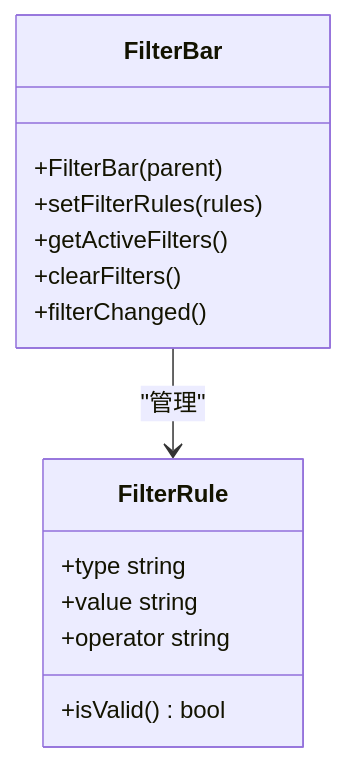
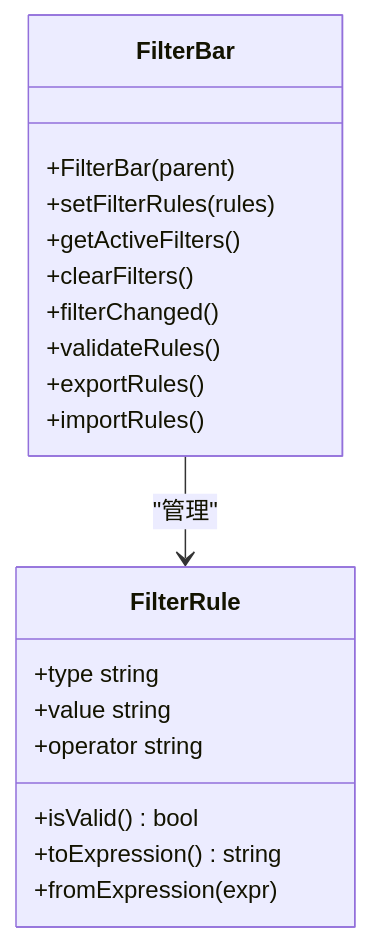
One commit to jakecai1225-design/OpenBus changed the ninth of 15 diagrams in .qoder/repowiki/zh/content/架构设计/UI系统设计/UI系统设计.md. Above: the diagram before and after it, drawn with Mermaid. The commit also changed other lines of this file and 215 other files, not shown here.

````diff
--- a/.qoder/repowiki/zh/content/架构设计/UI系统设计/UI系统设计.md
+++ b/.qoder/repowiki/zh/content/架构设计/UI系统设计/UI系统设计.md
@@ -597,17 +612,22 @@
 ```mermaid
 classDiagram
 class FilterBar {
 +FilterBar(parent)
 +setFilterRules(rules)
 +getActiveFilters()
 +clearFilters()
 +filterChanged()
++validateRules()
++exportRules()
++importRules()
 }
 class FilterRule {
 +type string
 +value string
 +operator string
 +isValid() bool
++toExpression() string
++fromExpression(expr)
 }
 FilterBar --> FilterRule : "管理"
 ```
````
